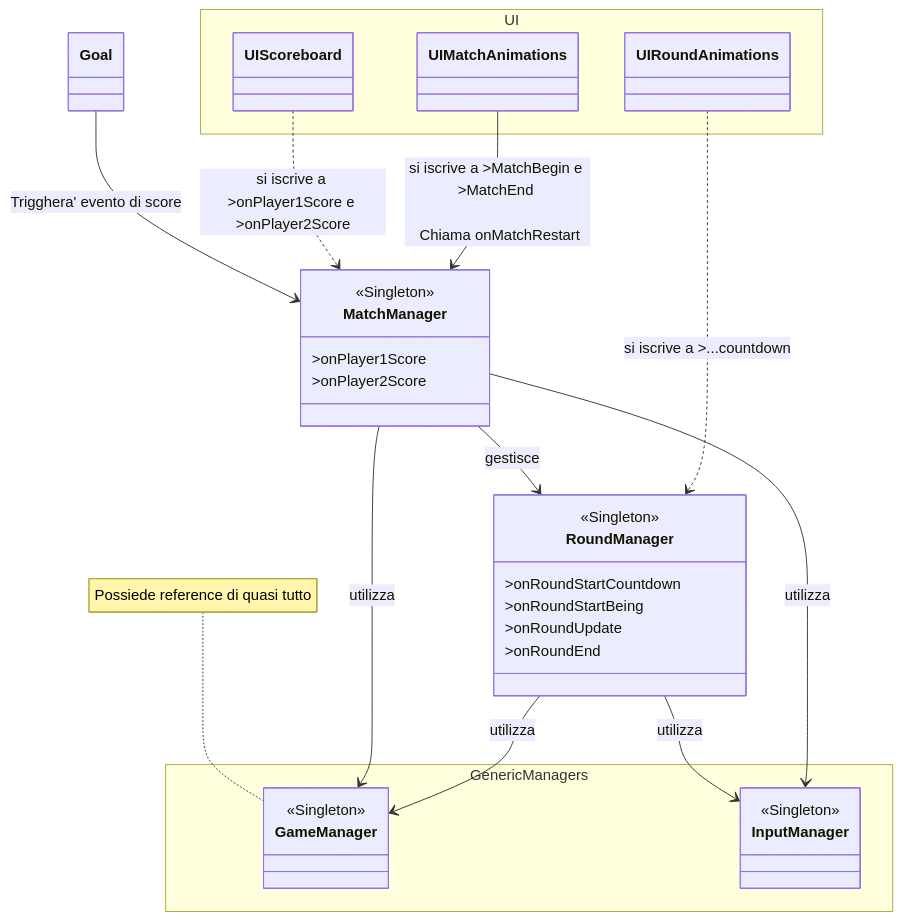
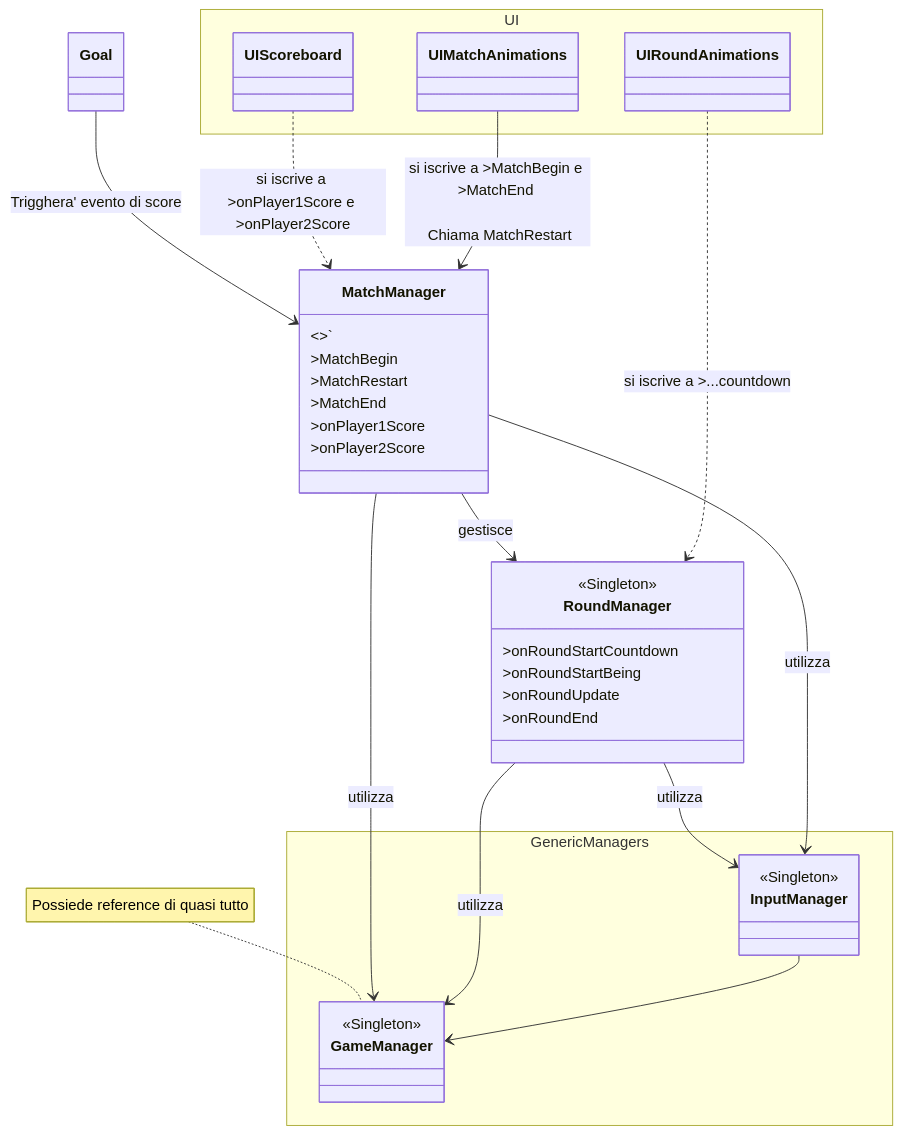
Before and after one commit to 0pow-pow0/RumbleSmash: the diagram in Assets/Scripts/ClassLogic.md, drawn with Mermaid. The commit also changed 5 other files, not shown here.

Commit message:
Added Match Restart

````diff
--- a/Assets/Scripts/ClassLogic.md
+++ b/Assets/Scripts/ClassLogic.md
@@ -2,69 +2,73 @@
 ```mermaid
 classDiagram
 
 
 %% ---------------- Managers
 namespace GenericManagers {
     class GameManager { 
         <<Singleton>>
     }
 
     class InputManager {
         <<Singleton>>
     }
 }
 
 class MatchManager {
-    <<Singleton>>
+    <<Singleton>>`
+    >MatchBegin
+    >MatchRestart
+    >MatchEnd
     >onPlayer1Score
     >onPlayer2Score
 }
 
 class RoundManager {
     <<Singleton>>
     >onRoundStartCountdown
     >onRoundStartBeing
     >onRoundUpdate
     >onRoundEnd
 }
 
 
 
 Goal --> MatchManager : Trigghera' evento di score
 
 MatchManager --> RoundManager : gestisce
 MatchManager --> GameManager : utilizza
 
 RoundManager --> GameManager : utilizza
 RoundManager --> InputManager : utilizza
 
 MatchManager --> InputManager : utilizza
 
+InputManager --> GameManager
 
 note for GameManager "Possiede reference di quasi tutto"
 
 
 %% ------------- UI
 namespace UI {
     class UIScoreboard {
         
     }
 
     class UIRoundAnimations {
 
     }
     
    
 
     class UIMatchAnimations {
 
     }
 }
 UIScoreboard ..> MatchManager : si iscrive a >onPlayer1Score e >onPlayer2Score
 
 UIRoundAnimations ..> RoundManager : si iscrive a >...countdown
 
-UIMatchAnimations --> MatchManager : si iscrive a >MatchBegin e >MatchEnd <br/> <br/> Chiama onMatchRestart
+UIMatchAnimations --> MatchManager : si iscrive a >MatchBegin e >MatchEnd <br/> <br/> Chiama MatchRestart
 
 
 ```
````
